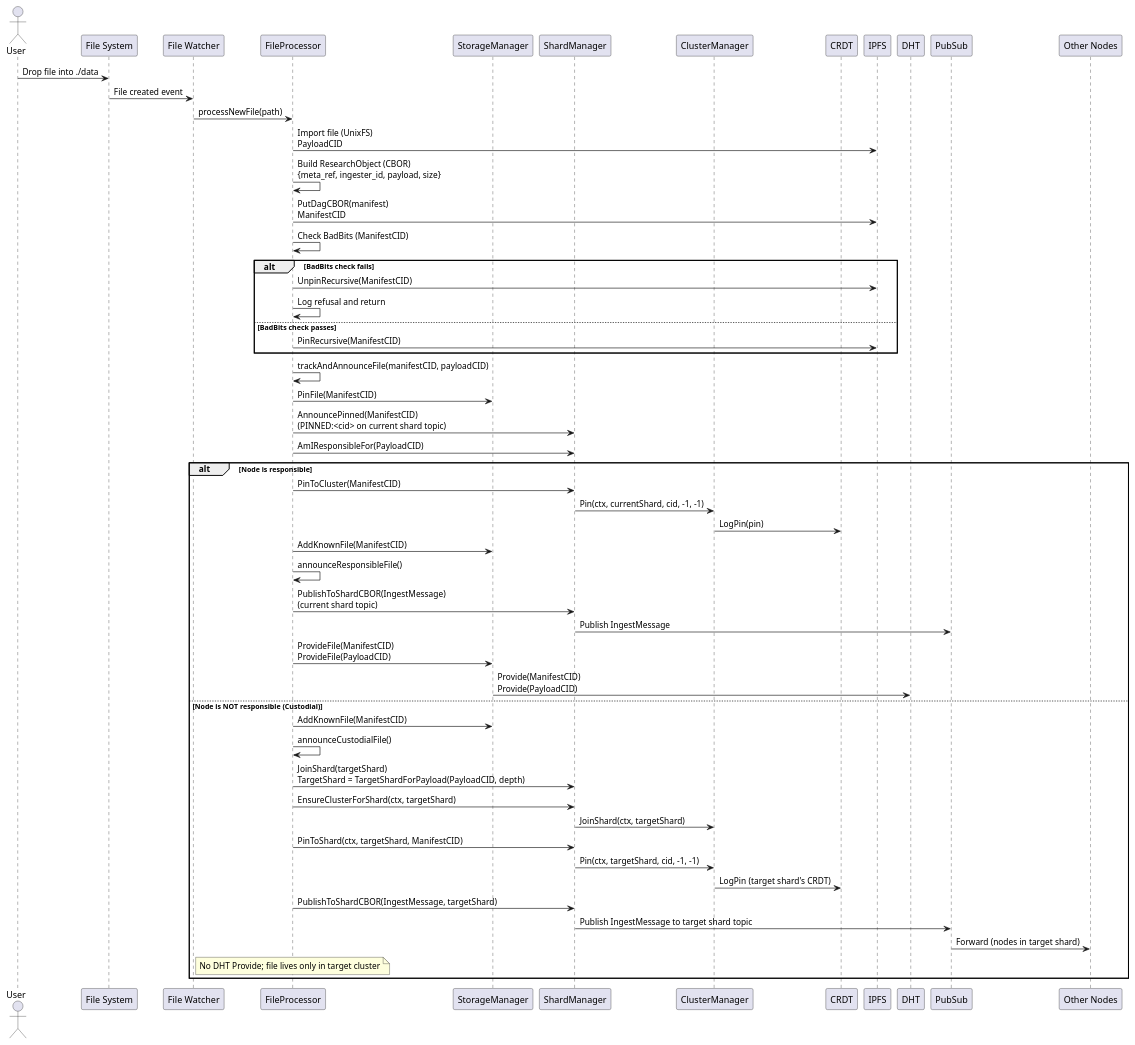
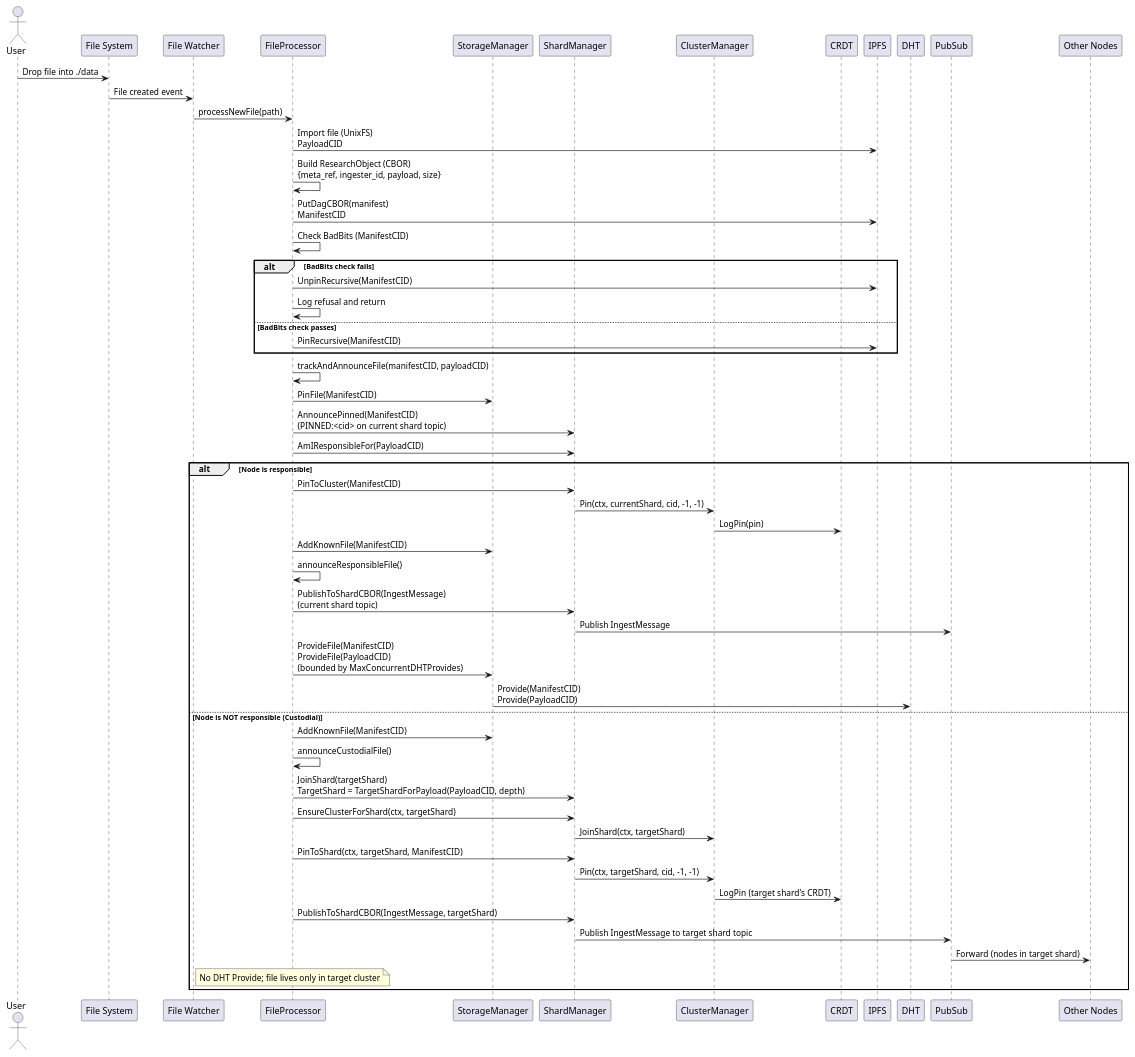
The diagram in docs/file_ingestion_sequence.puml (gipplab/D-LOCKSS), drawn with PlantUML before and after one commit. The commit also changed 99 other files, not shown here.

```diff
--- a/docs/file_ingestion_sequence.puml
+++ b/docs/file_ingestion_sequence.puml
@@ -1,61 +1,61 @@
 @startuml File Ingestion Sequence
 
 actor User
 participant "File System" as FS
 participant "File Watcher" as Watcher
 participant "FileProcessor" as FileOps
 participant "StorageManager" as Storage
 participant "ShardManager" as ShardMgr
 participant "ClusterManager" as ClusterMgr
 participant "CRDT" as CRDT
 participant "IPFS" as IPFS
 participant "DHT" as DHT
 participant "PubSub" as PubSub
 participant "Other Nodes" as Nodes
 
 User -> FS: Drop file into ./data
 FS -> Watcher: File created event
 Watcher -> FileOps: processNewFile(path)
 
 FileOps -> IPFS: Import file (UnixFS)\nPayloadCID
 FileOps -> FileOps: Build ResearchObject (CBOR)\n{meta_ref, ingester_id, payload, size}
 FileOps -> IPFS: PutDagCBOR(manifest)\nManifestCID
 FileOps -> FileOps: Check BadBits (ManifestCID)
 alt BadBits check fails
     FileOps -> IPFS: UnpinRecursive(ManifestCID)
     FileOps -> FileOps: Log refusal and return
 else BadBits check passes
     FileOps -> IPFS: PinRecursive(ManifestCID)
 end
 
 FileOps -> FileOps: trackAndAnnounceFile(manifestCID, payloadCID)
 FileOps -> Storage: PinFile(ManifestCID)
 FileOps -> ShardMgr: AnnouncePinned(ManifestCID)\n(PINNED:<cid> on current shard topic)
 FileOps -> ShardMgr: AmIResponsibleFor(PayloadCID)
 
 alt Node is responsible
     FileOps -> ShardMgr: PinToCluster(ManifestCID)
     ShardMgr -> ClusterMgr: Pin(ctx, currentShard, cid, -1, -1)
     ClusterMgr -> CRDT: LogPin(pin)
     FileOps -> Storage: AddKnownFile(ManifestCID)
     FileOps -> FileOps: announceResponsibleFile()
     FileOps -> ShardMgr: PublishToShardCBOR(IngestMessage)\n(current shard topic)
     ShardMgr -> PubSub: Publish IngestMessage
-    FileOps -> Storage: ProvideFile(ManifestCID)\nProvideFile(PayloadCID)
+    FileOps -> Storage: ProvideFile(ManifestCID)\nProvideFile(PayloadCID)\n(bounded by MaxConcurrentDHTProvides)
     Storage -> DHT: Provide(ManifestCID)\nProvide(PayloadCID)
 else Node is NOT responsible (Custodial)
     FileOps -> Storage: AddKnownFile(ManifestCID)
     FileOps -> FileOps: announceCustodialFile()
     FileOps -> ShardMgr: JoinShard(targetShard)\nTargetShard = TargetShardForPayload(PayloadCID, depth)
     FileOps -> ShardMgr: EnsureClusterForShard(ctx, targetShard)
     ShardMgr -> ClusterMgr: JoinShard(ctx, targetShard)
     FileOps -> ShardMgr: PinToShard(ctx, targetShard, ManifestCID)
     ShardMgr -> ClusterMgr: Pin(ctx, targetShard, cid, -1, -1)
     ClusterMgr -> CRDT: LogPin (target shard's CRDT)
     FileOps -> ShardMgr: PublishToShardCBOR(IngestMessage, targetShard)
     ShardMgr -> PubSub: Publish IngestMessage to target shard topic
     PubSub -> Nodes: Forward (nodes in target shard)
     Note over FileOps: No DHT Provide; file lives only in target cluster
 end
 
 @enduml
```
